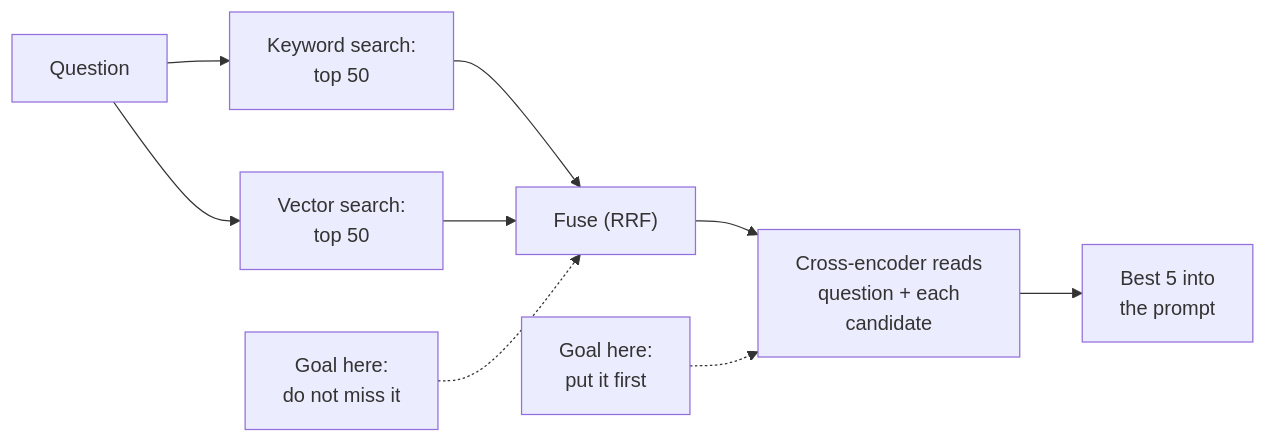
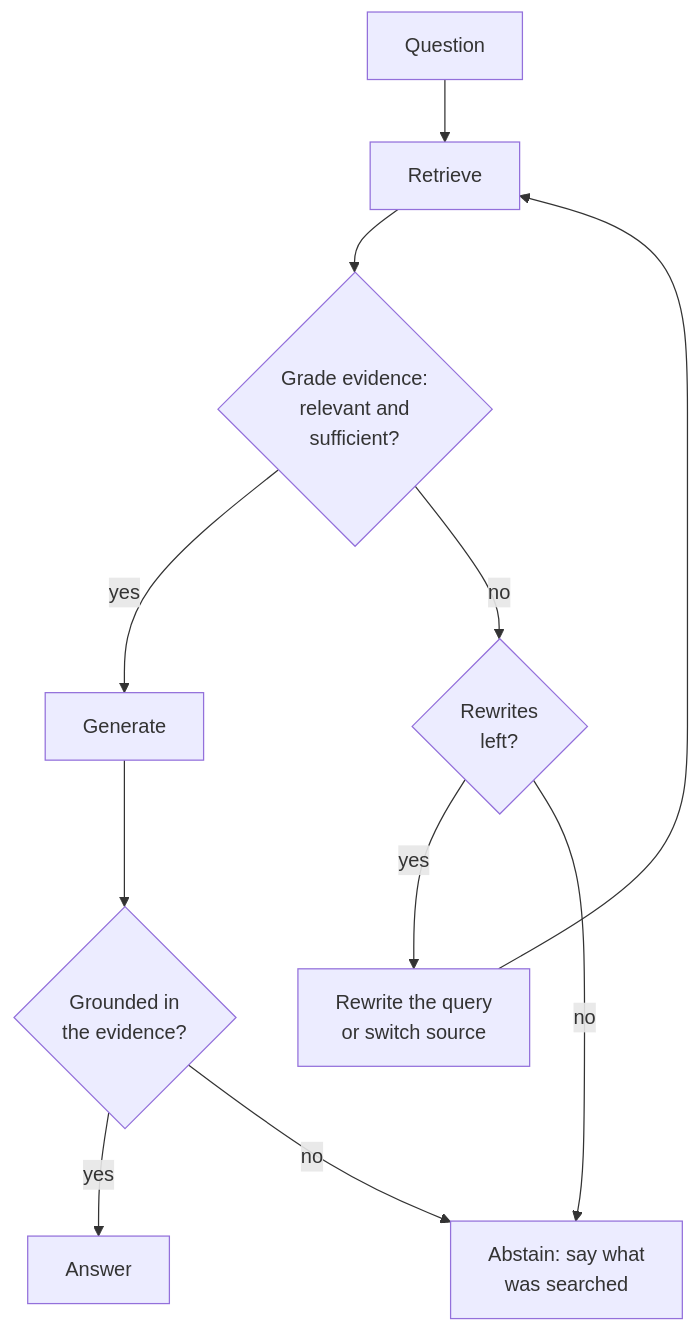
One commit to shubamchaudhary/CodeNITW changed the sixth of 7 diagrams in src/Data/aiStackDocs/CH-03.md. Above: the diagram before and after it, drawn with Mermaid. The commit also changed other lines of this file and 52 other files, not shown here.

````diff
--- a/src/Data/aiStackDocs/CH-03.md
+++ b/src/Data/aiStackDocs/CH-03.md
@@ -200,11 +181,13 @@
 ```mermaid
-flowchart LR
-    Q["Question"] --> KW["Keyword search:<br/>top 50"]
-    Q --> VS["Vector search:<br/>top 50"]
-    KW --> F["Fuse (RRF)"]
-    VS --> F
-    F --> RR["Cross-encoder reads<br/>question + each<br/>candidate"]
-    RR --> T["Best 5 into<br/>the prompt"]
-    S1["Goal here:<br/>do not miss it"] -.-> F
-    S2["Goal here:<br/>put it first"] -.-> RR
+flowchart TD
+    Q["Question"] --> R["Retrieve"]
+    R --> G{"Grade evidence:<br/>relevant and<br/>sufficient?"}
+    G -->|"yes"| GEN["Generate"]
+    G -->|"no"| A{"Rewrites<br/>left?"}
+    A -->|"yes"| RW["Rewrite the query<br/>or switch source"]
+    RW --> R
+    A -->|"no"| AB["Abstain: say what<br/>was searched"]
+    GEN --> GC{"Grounded in<br/>the evidence?"}
+    GC -->|"yes"| OUT["Answer"]
+    GC -->|"no"| AB
 ```
````
